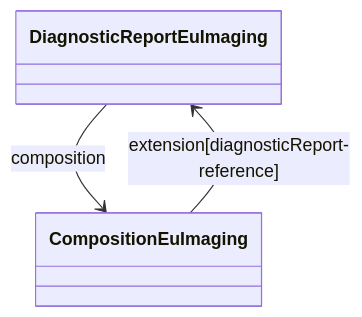
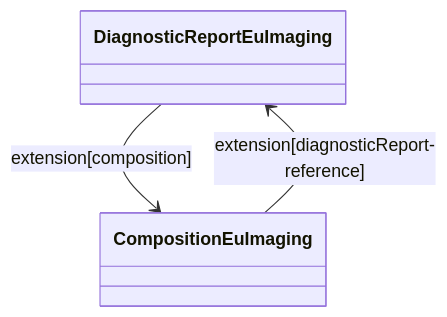
One commit to hl7-eu/imaging changed the diagram in igs/imaging-r4/input/pagecontent/design-consideration-composition-diagnosticreport.md. Above: the diagram before and after it, drawn with Mermaid. The commit also changed other lines of this file and 8 other files, not shown here.

````diff
--- a/igs/imaging-r4/input/pagecontent/design-consideration-composition-diagnosticreport.md
+++ b/igs/imaging-r4/input/pagecontent/design-consideration-composition-diagnosticreport.md
@@ -17,7 +16,7 @@
 ``` mermaid
 classDiagram
     class DiagnosticReportEuImaging
     class CompositionEuImaging
-    DiagnosticReportEuImaging --> CompositionEuImaging: composition
+    DiagnosticReportEuImaging --> CompositionEuImaging: extension[composition]
     CompositionEuImaging --> DiagnosticReportEuImaging: extension[diagnosticReport-reference]
 ```
````
